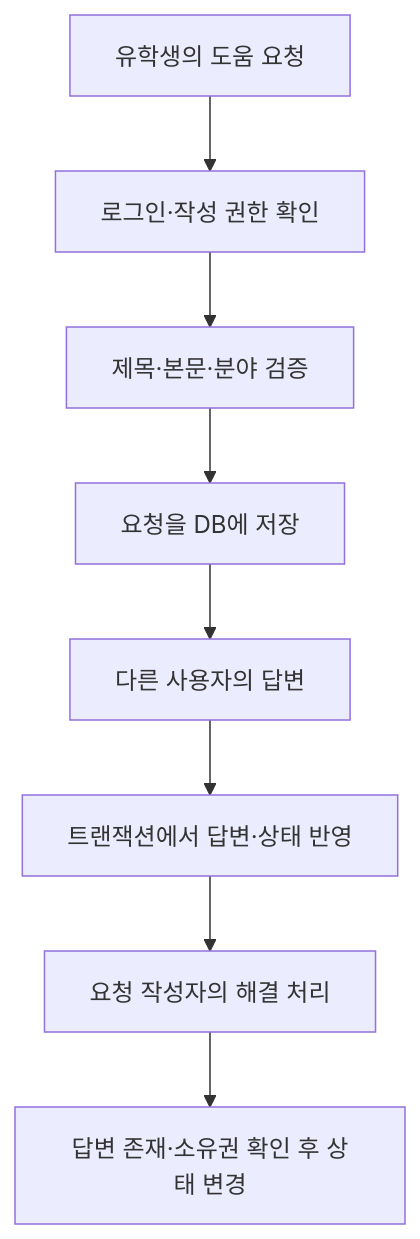
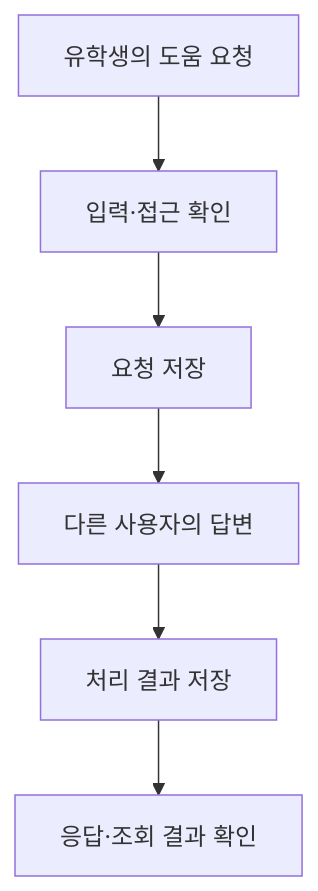
Before and after one commit to studentnoname/website_proj: the diagram in docs/tasks/T03.md, drawn with Mermaid. The commit also changed other lines of this file and 12 other files, not shown here.

````diff
--- a/docs/tasks/T03.md
+++ b/docs/tasks/T03.md
@@ -22,10 +22,8 @@
 ```mermaid
 flowchart TD
-  A[유학생의 도움 요청] --> B[로그인·작성 권한 확인]
-  B --> C[제목·본문·분야 검증]
-  C --> D[요청을 DB에 저장]
-  D --> E[다른 사용자의 답변]
-  E --> F[트랜잭션에서 답변·상태 반영]
-  F --> G[요청 작성자의 해결 처리]
-  G --> H[답변 존재·소유권 확인 후 상태 변경]
+  A[유학생의 도움 요청] --> B[입력·접근 확인]
+  B --> C[요청 저장]
+  C --> D[다른 사용자의 답변]
+  D --> E[처리 결과 저장]
+  E --> F[응답·조회 결과 확인]
 ```
````
